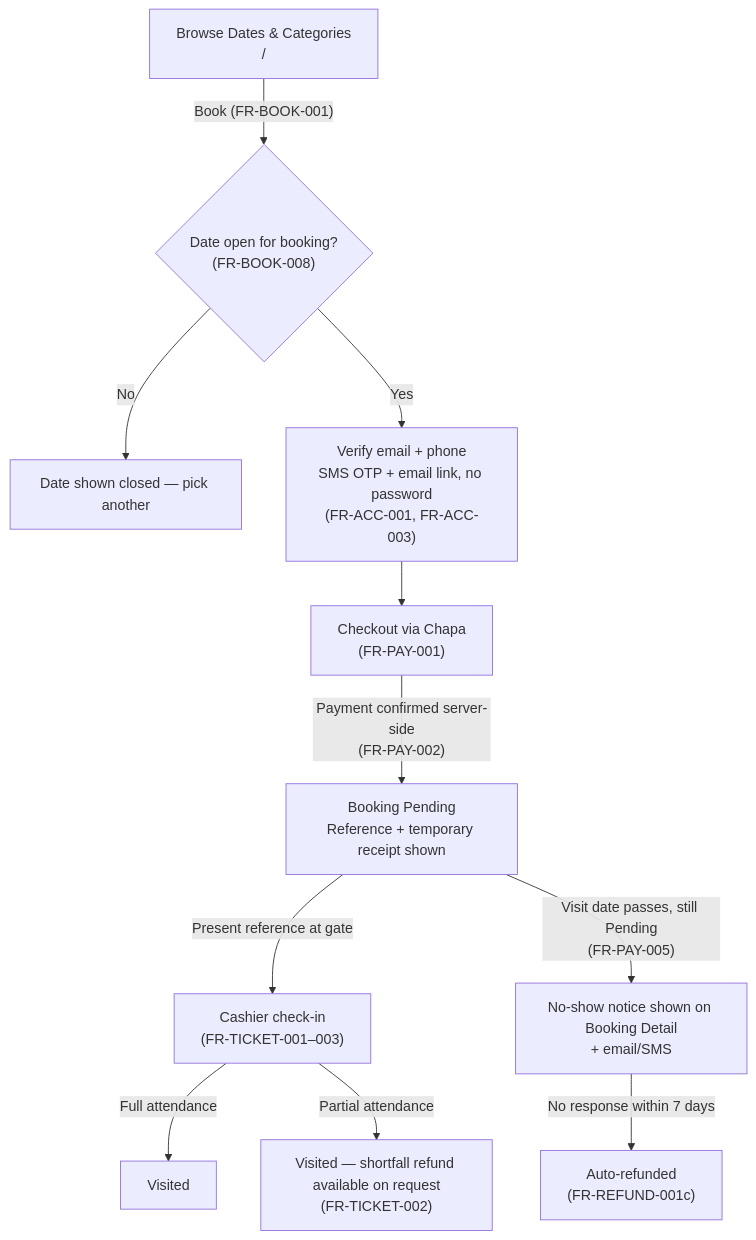
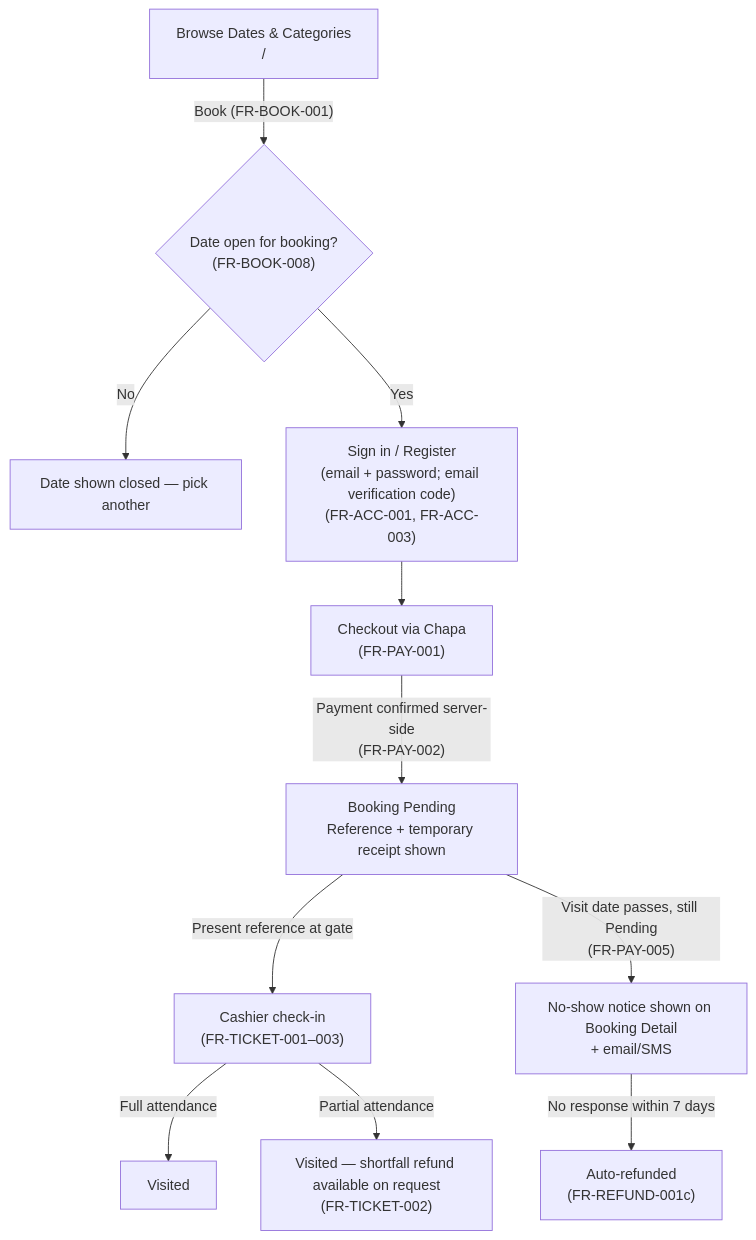
Before and after one commit to TsegayIS122123/museum-ticketing-system: the second of 6 diagrams in docs/06-ui-ux-specification.md, drawn with Mermaid. The commit also changed other lines of this file and 8 other files, not shown here.

First line of the commit message:
docs: align SRS, SDS, and UI/UX specs with the unified email/password model

````diff
--- a/docs/06-ui-ux-specification.md
+++ b/docs/06-ui-ux-specification.md
@@ -253,13 +245,13 @@
 ```mermaid
 flowchart TD
     A["Browse Dates & Categories\n/"] -->|"Book (FR-BOOK-001)"| B{"Date open for booking?\n(FR-BOOK-008)"}
     B -->|No| B1["Date shown closed — pick another"]
-    B -->|Yes| V["Verify email + phone\nSMS OTP + email link, no password\n(FR-ACC-001, FR-ACC-003)"]
+    B -->|Yes| V["Sign in / Register\n(email + password; email verification code)\n(FR-ACC-001, FR-ACC-003)"]
     V --> C["Checkout via Chapa\n(FR-PAY-001)"]
     C -->|"Payment confirmed server-side\n(FR-PAY-002)"| D["Booking Pending\nReference + temporary receipt shown"]
     D -->|"Present reference at gate"| E["Cashier check-in\n(FR-TICKET-001–003)"]
     E -->|"Full attendance"| F["Visited"]
     E -->|"Partial attendance"| G["Visited — shortfall refund available on request\n(FR-TICKET-002)"]
     D -->|"Visit date passes, still Pending\n(FR-PAY-005)"| H["No-show notice shown on Booking Detail\n+ email/SMS"]
     H -->|"No response within 7 days"| I["Auto-refunded\n(FR-REFUND-001c)"]
 ```
````
